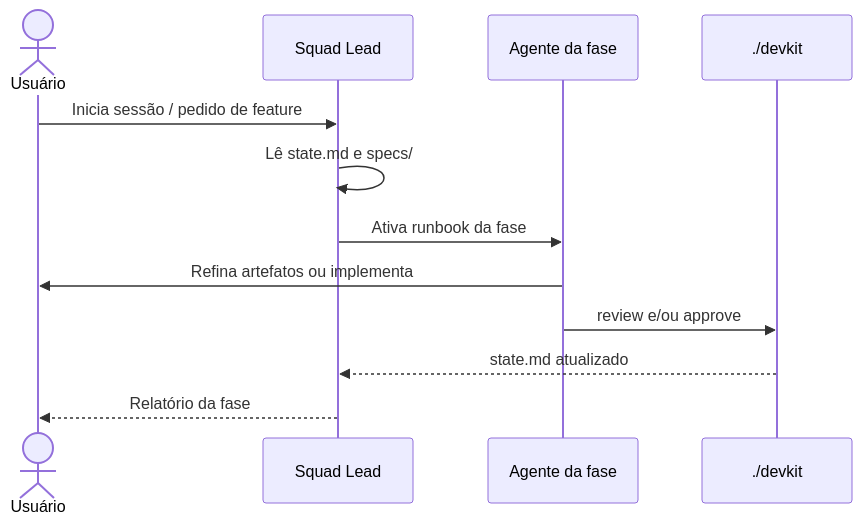
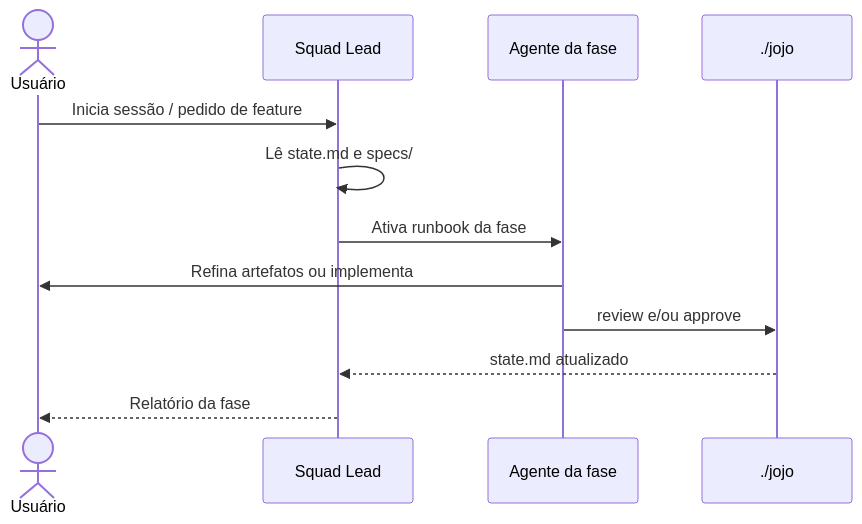
Before and after one commit to gtopfer/jojo-ai: the second of 2 diagrams in .ai/technical-spec.md, drawn with Mermaid. The commit also changed other lines of this file and 47 other files, not shown here.

````diff
--- a/.ai/technical-spec.md
+++ b/.ai/technical-spec.md
@@ -41,15 +41,15 @@
 ```mermaid
 sequenceDiagram
   actor U as Usuário
   participant SL as Squad Lead
   participant A as Agente da fase
-  participant C as ./devkit
+  participant C as ./jojo
 
   U->>SL: Inicia sessão / pedido de feature
   SL->>SL: Lê state.md e specs/
   SL->>A: Ativa runbook da fase
   A->>U: Refina artefatos ou implementa
   A->>C: review e/ou approve
   C-->>SL: state.md atualizado
   SL-->>U: Relatório da fase
 ```
````
